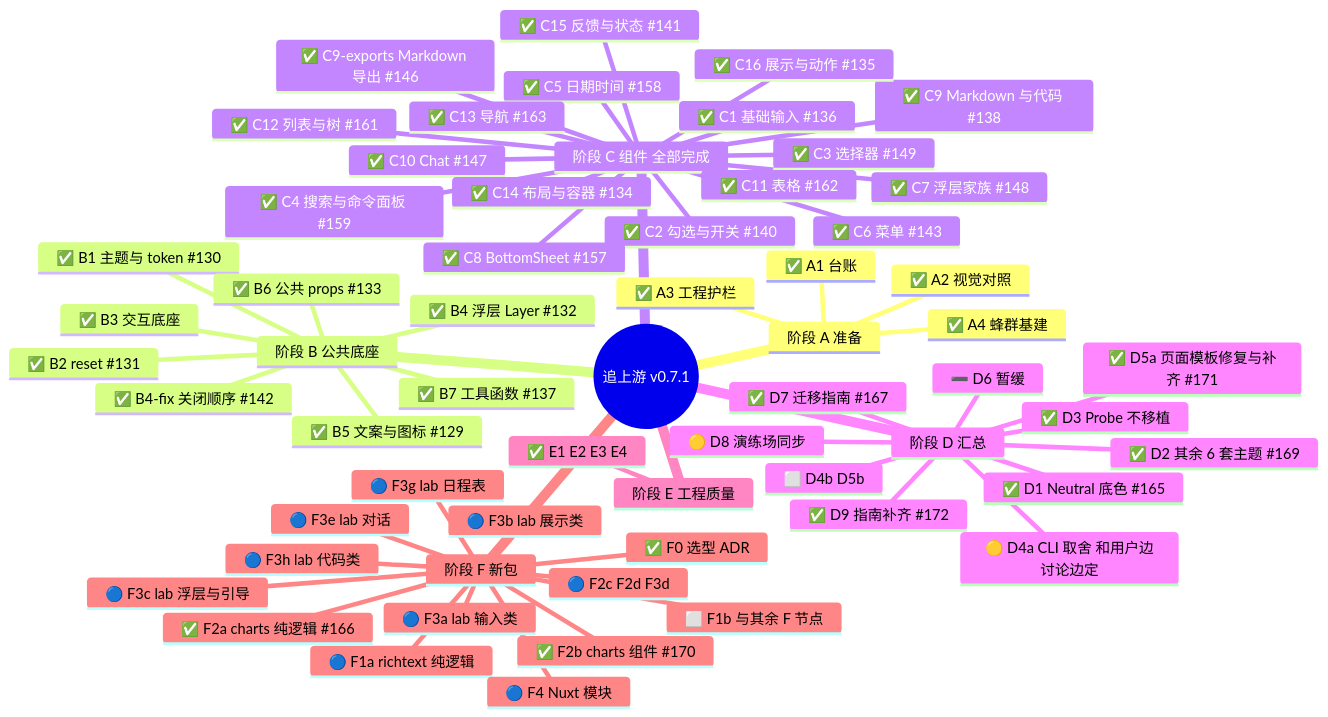
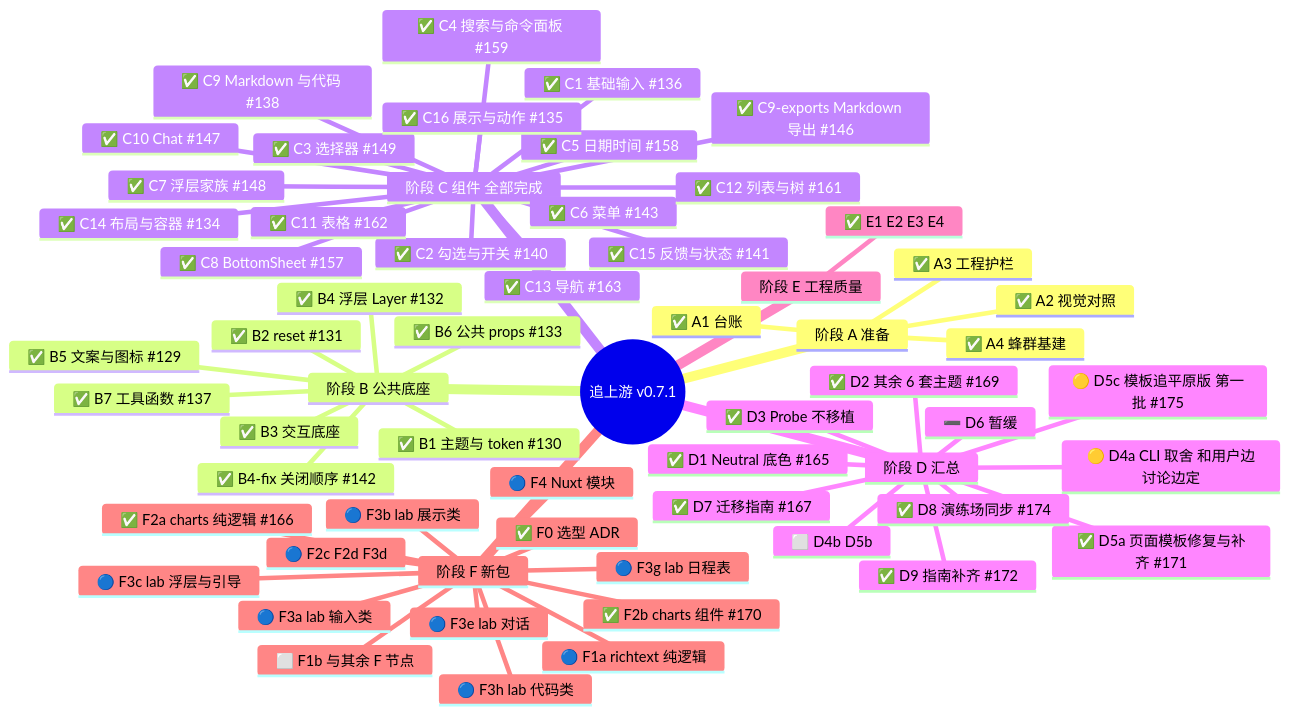
Before and after one commit to astryx-vue/astryx-vue: the diagram in .agents-work/upstream-sync-0.7.1/PR128-BODY.md, drawn with Mermaid. The commit also changed other lines of this file and 5 other files, not shown here.

````diff
--- a/.agents-work/upstream-sync-0.7.1/PR128-BODY.md
+++ b/.agents-work/upstream-sync-0.7.1/PR128-BODY.md
@@ -19,63 +19,64 @@
 ```mermaid
 mindmap
   root((追上游 v0.7.1))
     阶段 A 准备
       ✅ A1 台账
       ✅ A2 视觉对照
       ✅ A3 工程护栏
       ✅ A4 蜂群基建
     阶段 B 公共底座
       ✅ B1 主题与 token #130
       ✅ B2 reset #131
       ✅ B3 交互底座
       ✅ B4 浮层 Layer #132
       ✅ B4-fix 关闭顺序 #142
       ✅ B5 文案与图标 #129
       ✅ B6 公共 props #133
       ✅ B7 工具函数 #137
     阶段 C 组件 全部完成
       ✅ C1 基础输入 #136
       ✅ C2 勾选与开关 #140
       ✅ C3 选择器 #149
       ✅ C4 搜索与命令面板 #159
       ✅ C5 日期时间 #158
       ✅ C6 菜单 #143
       ✅ C7 浮层家族 #148
       ✅ C8 BottomSheet #157
       ✅ C9 Markdown 与代码 #138
       ✅ C9-exports Markdown 导出 #146
       ✅ C10 Chat #147
       ✅ C11 表格 #162
       ✅ C12 列表与树 #161
       ✅ C13 导航 #163
       ✅ C14 布局与容器 #134
       ✅ C15 反馈与状态 #141
       ✅ C16 展示与动作 #135
     阶段 D 汇总
       ✅ D1 Neutral 底色 #165
       ✅ D2 其余 6 套主题 #169
       ✅ D3 Probe 不移植
       ✅ D5a 页面模板修复与补齐 #171
       ✅ D7 迁移指南 #167
       ✅ D9 指南补齐 #172
       🟡 D4a CLI 取舍 和用户边讨论边定
-      🟡 D8 演练场同步
+      ✅ D8 演练场同步 #174
+      🟡 D5c 模板追平原版 第一批 #175
       ➖ D6 暂缓
       ⬜ D4b D5b
     阶段 E 工程质量
       ✅ E1 E2 E3 E4
     阶段 F 新包
       ✅ F0 选型 ADR
       🔵 F1a richtext 纯逻辑
       ✅ F2a charts 纯逻辑 #166
       ✅ F2b charts 组件 #170
       🔵 F3a lab 输入类
       🔵 F3b lab 展示类
       🔵 F3c lab 浮层与引导
       🔵 F3e lab 对话
       🔵 F3g lab 日程表
       🔵 F3h lab 代码类
       🔵 F4 Nuxt 模块
       🔵 F2c F2d F3d
       ⬜ F1b 与其余 F 节点
 ```
````
